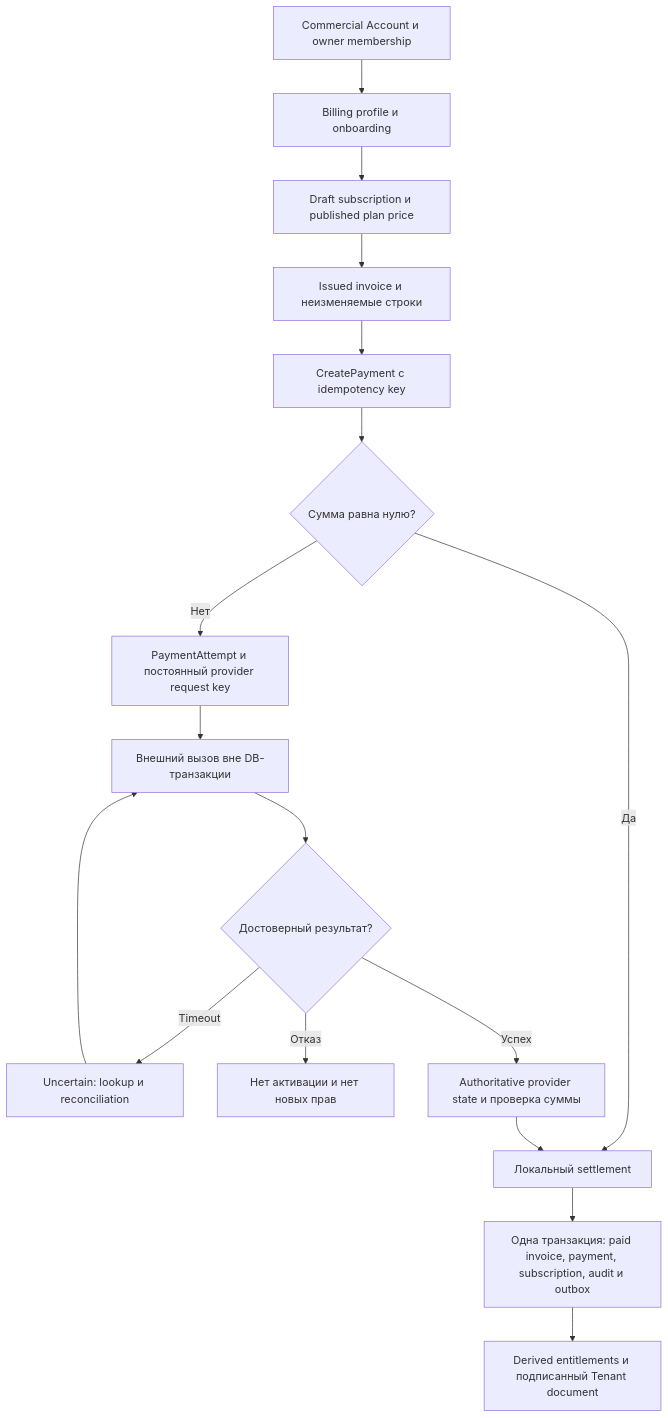
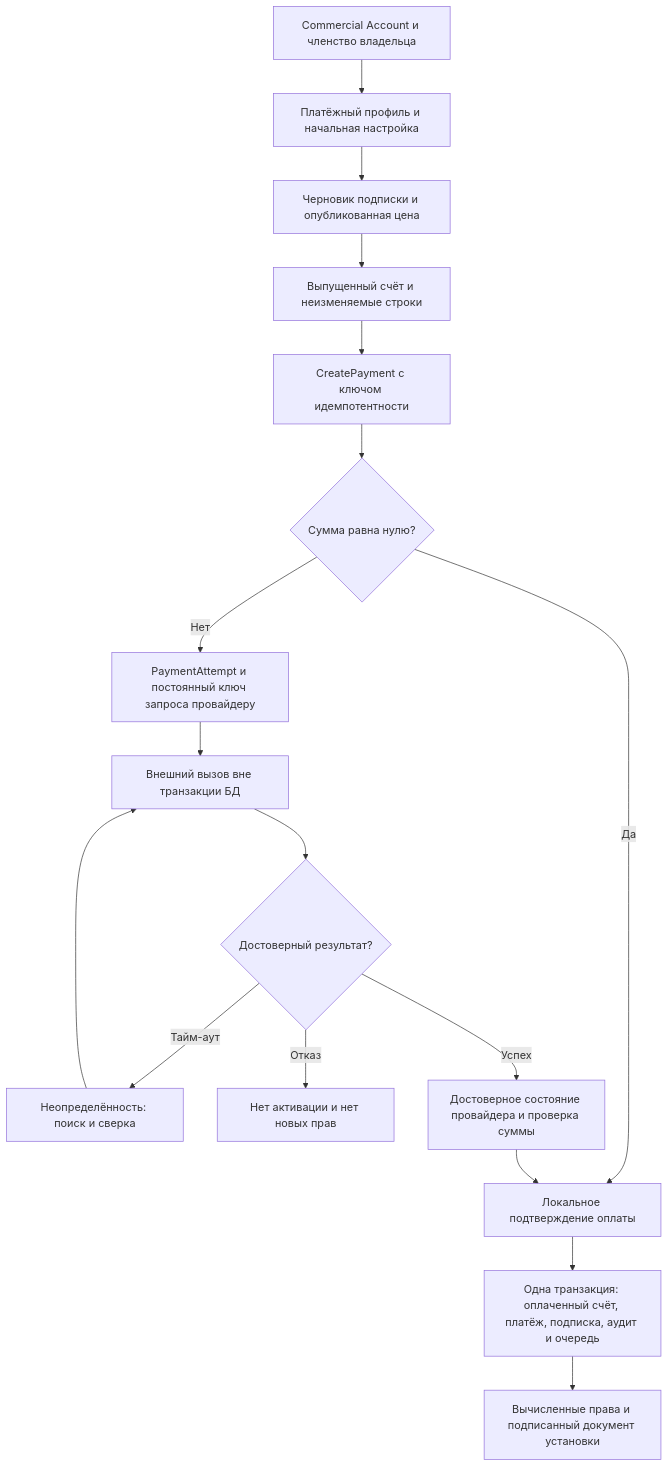
The diagram in docs/processes/06-purchase.mmd (YCleffo/Platform), drawn with Mermaid before and after one commit. The commit also changed 188 other files, not shown here.

```diff
--- a/docs/processes/06-purchase.mmd
+++ b/docs/processes/06-purchase.mmd
@@ -1,17 +1,17 @@
 flowchart TD
-  Account[Commercial Account и owner membership] --> Billing[Billing profile и onboarding]
-  Billing --> Draft[Draft subscription и published plan price]
-  Draft --> Invoice[Issued invoice и неизменяемые строки]
-  Invoice --> Payment[CreatePayment с idempotency key]
+  Account[Commercial Account и членство владельца] --> Billing[Платёжный профиль и начальная настройка]
+  Billing --> Draft[Черновик подписки и опубликованная цена]
+  Draft --> Invoice[Выпущенный счёт и неизменяемые строки]
+  Invoice --> Payment[CreatePayment с ключом идемпотентности]
   Payment --> Free{Сумма равна нулю?}
-  Free -->|Да| Settle[Локальный settlement]
-  Free -->|Нет| Attempt[PaymentAttempt и постоянный provider request key]
-  Attempt --> Network[Внешний вызов вне DB-транзакции]
+  Free -->|Да| Settle[Локальное подтверждение оплаты]
+  Free -->|Нет| Attempt[PaymentAttempt и постоянный ключ запроса провайдеру]
+  Attempt --> Network[Внешний вызов вне транзакции БД]
   Network --> Outcome{Достоверный результат?}
-  Outcome -->|Timeout| Pending[Uncertain: lookup и reconciliation]
+  Outcome -->|Тайм-аут| Pending[Неопределённость: поиск и сверка]
   Pending --> Network
   Outcome -->|Отказ| Failed[Нет активации и нет новых прав]
-  Outcome -->|Успех| Authoritative[Authoritative provider state и проверка суммы]
+  Outcome -->|Успех| Authoritative[Достоверное состояние провайдера и проверка суммы]
   Authoritative --> Settle
-  Settle --> Atomic[Одна транзакция: paid invoice, payment, subscription, audit и outbox]
-  Atomic --> Rights[Derived entitlements и подписанный Tenant document]
+  Settle --> Atomic[Одна транзакция: оплаченный счёт, платёж, подписка, аудит и очередь]
+  Atomic --> Rights[Вычисленные права и подписанный документ установки]
```
